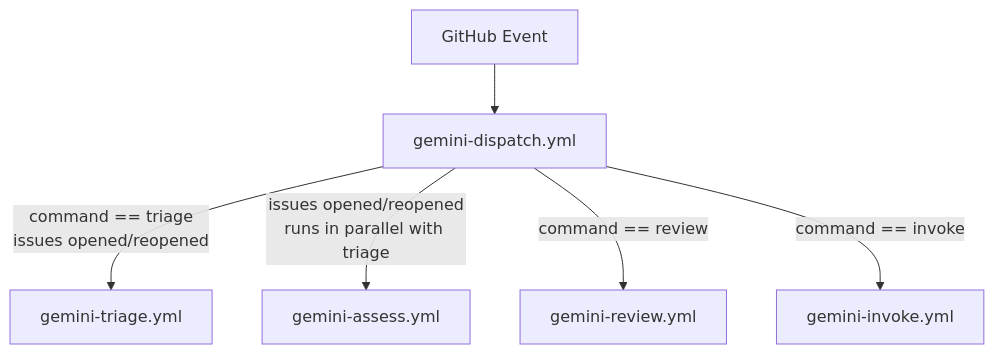
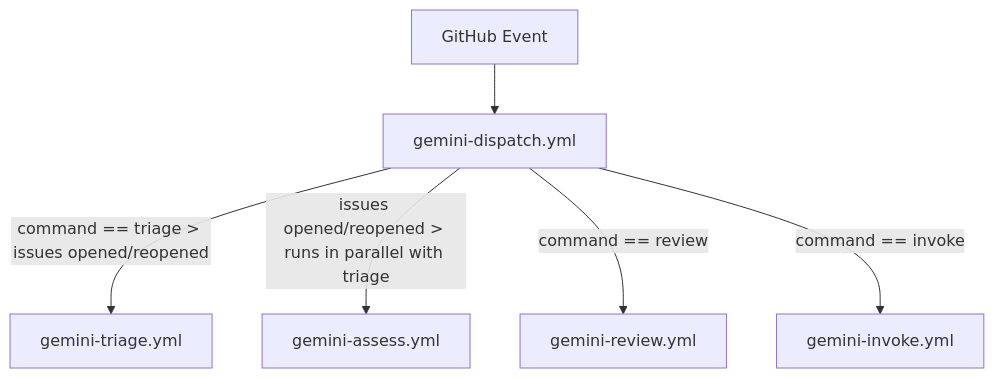
One commit to pantheon-org/mneme changed the diagram in docs/workflows/README.md. Above: the diagram before and after it, drawn with Mermaid.

Commit message:
fix: repair flowchart label syntax in workflows README
Remove \n from flowchart TD edge labels — not valid Mermaid syntax.

````diff
--- a/docs/workflows/README.md
+++ b/docs/workflows/README.md
@@ -7,8 +7,8 @@
 ```mermaid
 flowchart TD
     E[GitHub Event] --> D[gemini-dispatch.yml]
-    D -->|command == triage\nissues opened/reopened| T[gemini-triage.yml]
-    D -->|issues opened/reopened\nruns in parallel with triage| A[gemini-assess.yml]
+    D -->|command == triage > issues opened/reopened| T[gemini-triage.yml]
+    D -->|issues opened/reopened > runs in parallel with triage| A[gemini-assess.yml]
     D -->|command == review| R[gemini-review.yml]
     D -->|command == invoke| I[gemini-invoke.yml]
 ```
````
